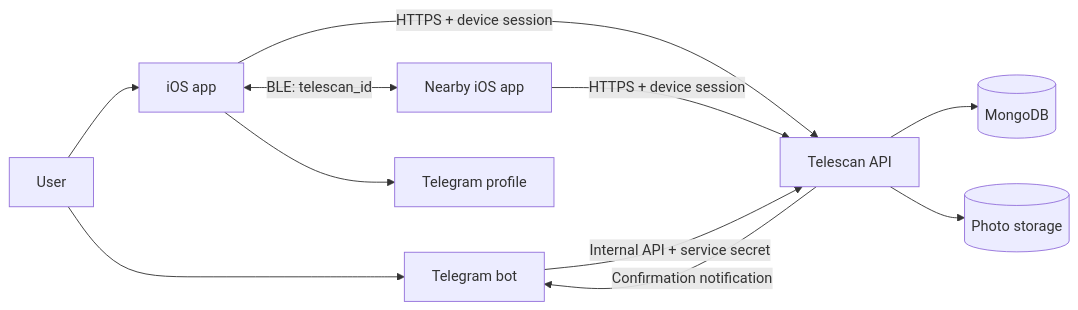
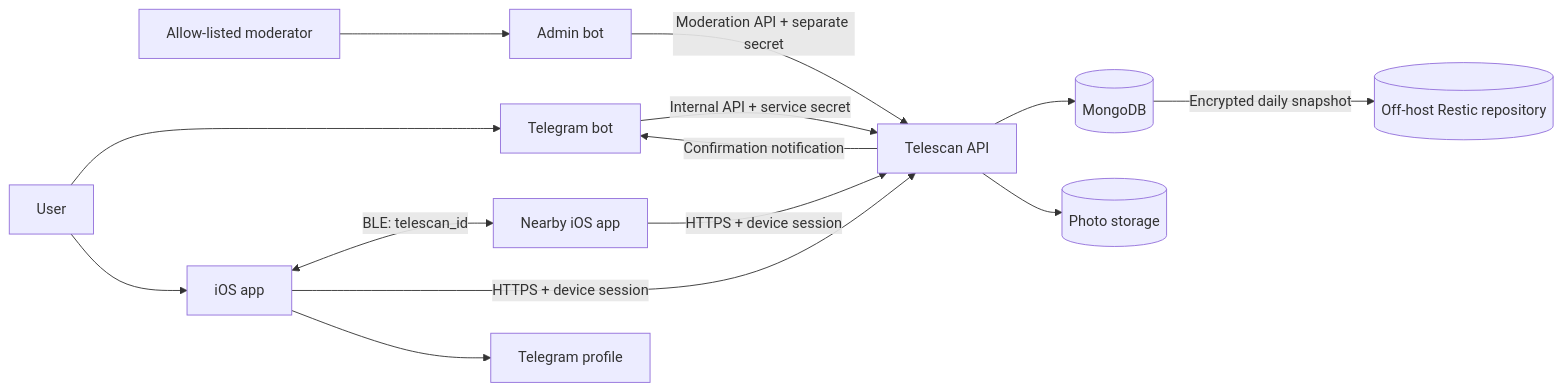
The first of 2 diagrams in WHITEPAPER.md (hiTechTeam/Telescan-info), drawn with Mermaid before and after one commit. The commit also changed other lines of this file and 5 other files, not shown here.

````diff
--- a/WHITEPAPER.md
+++ b/WHITEPAPER.md
@@ -30,13 +34,16 @@
 ```mermaid
 flowchart LR
     U["User"] --> BOT["Telegram bot"]
+    M["Allow-listed moderator"] --> ADMIN["Admin bot"]
     U --> IOS["iOS app"]
     IOS <-->|"BLE: telescan_id"| PEER["Nearby iOS app"]
     IOS -->|"HTTPS + device session"| API["Telescan API"]
     PEER -->|"HTTPS + device session"| API
     BOT -->|"Internal API + service secret"| API
+    ADMIN -->|"Moderation API + separate secret"| API
     API -->|"Confirmation notification"| BOT
     API --> DB[("MongoDB")]
     API --> S3[("Photo storage")]
+    DB -->|"Encrypted daily snapshot"| BACKUP[("Off-host Restic repository")]
     IOS --> TG["Telegram profile"]
 ```
````
